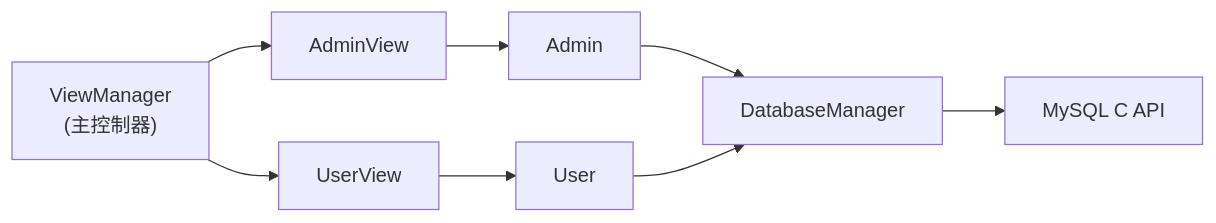
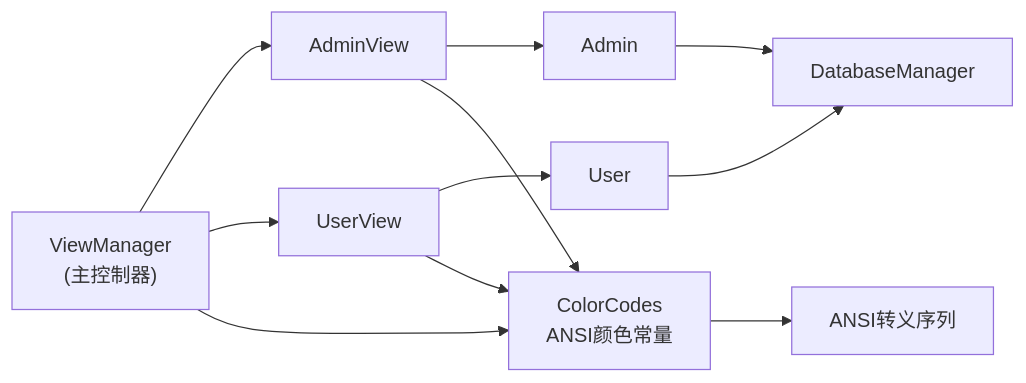
One commit to jinpeng900/OJ-Test changed the seventh of 7 diagrams in .qoder/repowiki/zh/content/系统架构设计/视图管理层设计.md. Above: the diagram before and after it, drawn with Mermaid. The commit also changed other lines of this file and 5 other files, not shown here.

````diff
--- a/.qoder/repowiki/zh/content/系统架构设计/视图管理层设计.md
+++ b/.qoder/repowiki/zh/content/系统架构设计/视图管理层设计.md
@@ -357,10 +419,13 @@
 ```mermaid
 graph LR
 VM["ViewManager<br/>(主控制器)"] --> AV["AdminView"]
 VM --> UV["UserView"]
 AV --> ADM["Admin"]
 UV --> USR["User"]
 ADM --> DB["DatabaseManager"]
 USR --> DB
-DB --> MYSQL["MySQL C API"]
+VM --> CC["ColorCodes<br/>ANSI颜色常量"]
+AV --> CC
+UV --> CC
+CC --> ANSI["ANSI转义序列"]
 ```
````
